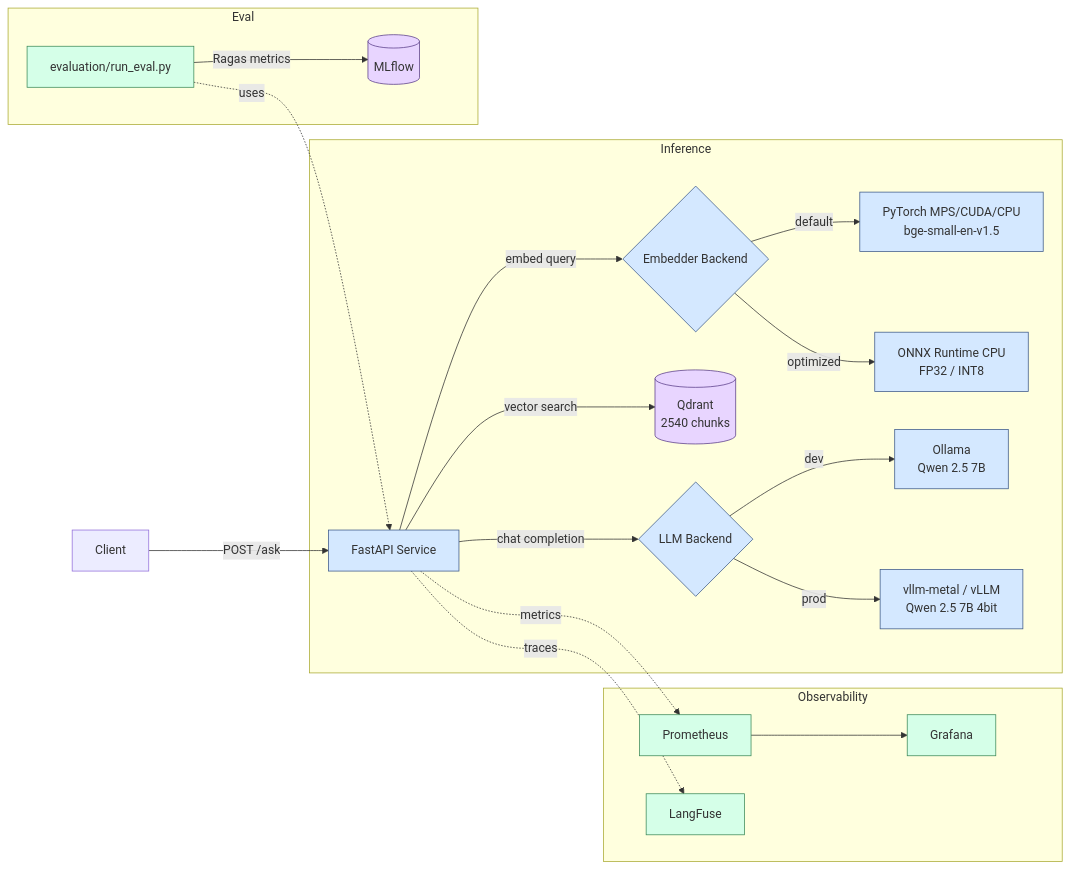
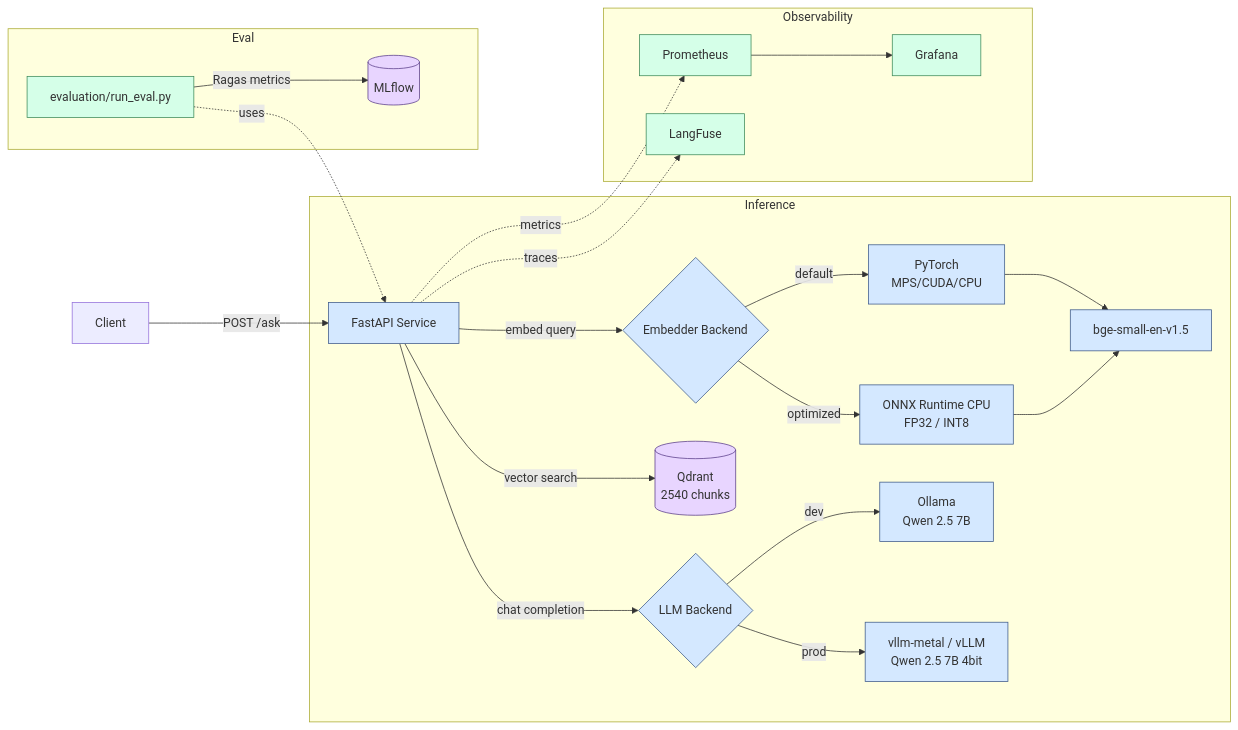
One commit to MaxBarannikov/DocsRAG changed the first of 2 diagrams in README.md. Above: the diagram before and after it, drawn with Mermaid.

Commit message:
updated System Architecture

````diff
--- a/README.md
+++ b/README.md
@@ -43,32 +43,34 @@
 ```mermaid
 graph LR
     User[Client] -->|POST /ask| API[FastAPI Service]
 
     subgraph Inference
         API -->|embed query| Emb{Embedder Backend}
-        Emb -->|default| EmbPt[PyTorch MPS/CUDA/CPU<br/>bge-small-en-v1.5]
+        Emb -->|default| EmbPt[PyTorch<br/>MPS/CUDA/CPU]
         Emb -->|optimized| EmbOnnx[ONNX Runtime CPU<br/>FP32 / INT8]
+        EmbPt --> EmbModel[bge-small-en-v1.5]
+        EmbOnnx --> EmbModel
         API -->|vector search| Qdrant[(Qdrant<br/>2540 chunks)]
         API -->|chat completion| LLM{LLM Backend}
         LLM -->|dev| Ollama[Ollama<br/>Qwen 2.5 7B]
         LLM -->|prod| vLLM[vllm-metal / vLLM<br/>Qwen 2.5 7B 4bit]
     end
 
     subgraph Observability
         API -.metrics.-> Prom[Prometheus]
         API -.traces.-> LF[LangFuse]
         Prom --> Graf[Grafana]
     end
 
     subgraph Eval
         RunEval[evaluation/run_eval.py] -->|Ragas metrics| MLflow[(MLflow)]
         RunEval -.uses.-> API
     end
 
     classDef storage fill:#e8d5ff,stroke:#5a3e8a
     classDef service fill:#d4e8ff,stroke:#3e5a8a
     classDef obs fill:#d5ffe8,stroke:#3e8a5a
     class Qdrant,MLflow storage
-    class API,EmbPt,EmbOnnx,Emb,Ollama,vLLM,LLM service
+    class API,EmbPt,EmbOnnx,EmbModel,Emb,Ollama,vLLM,LLM service
     class Prom,LF,Graf,RunEval obs
 ```
````
